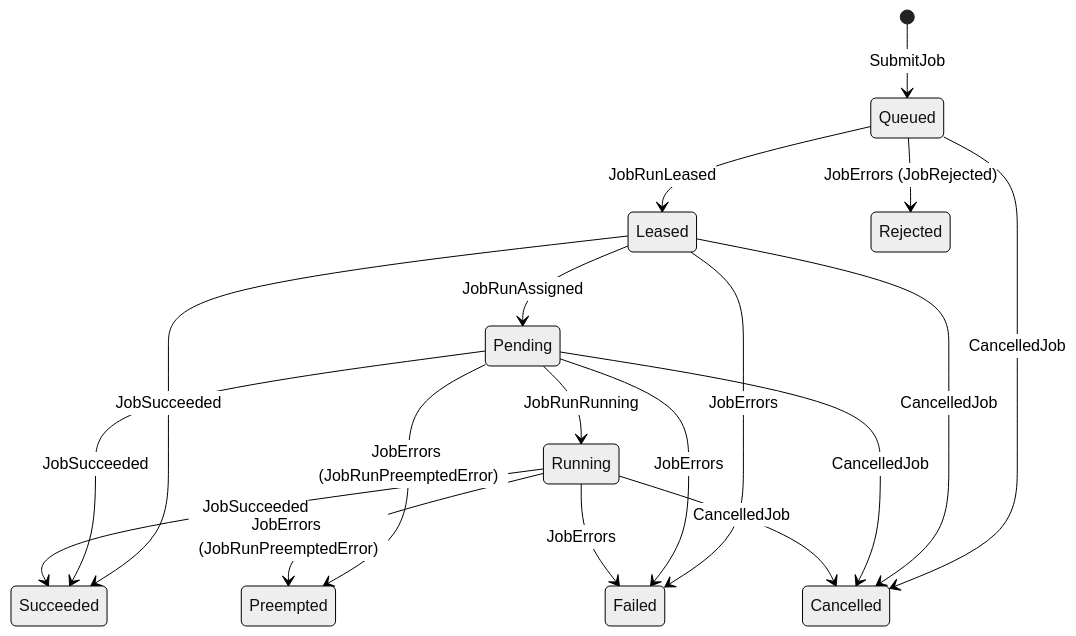
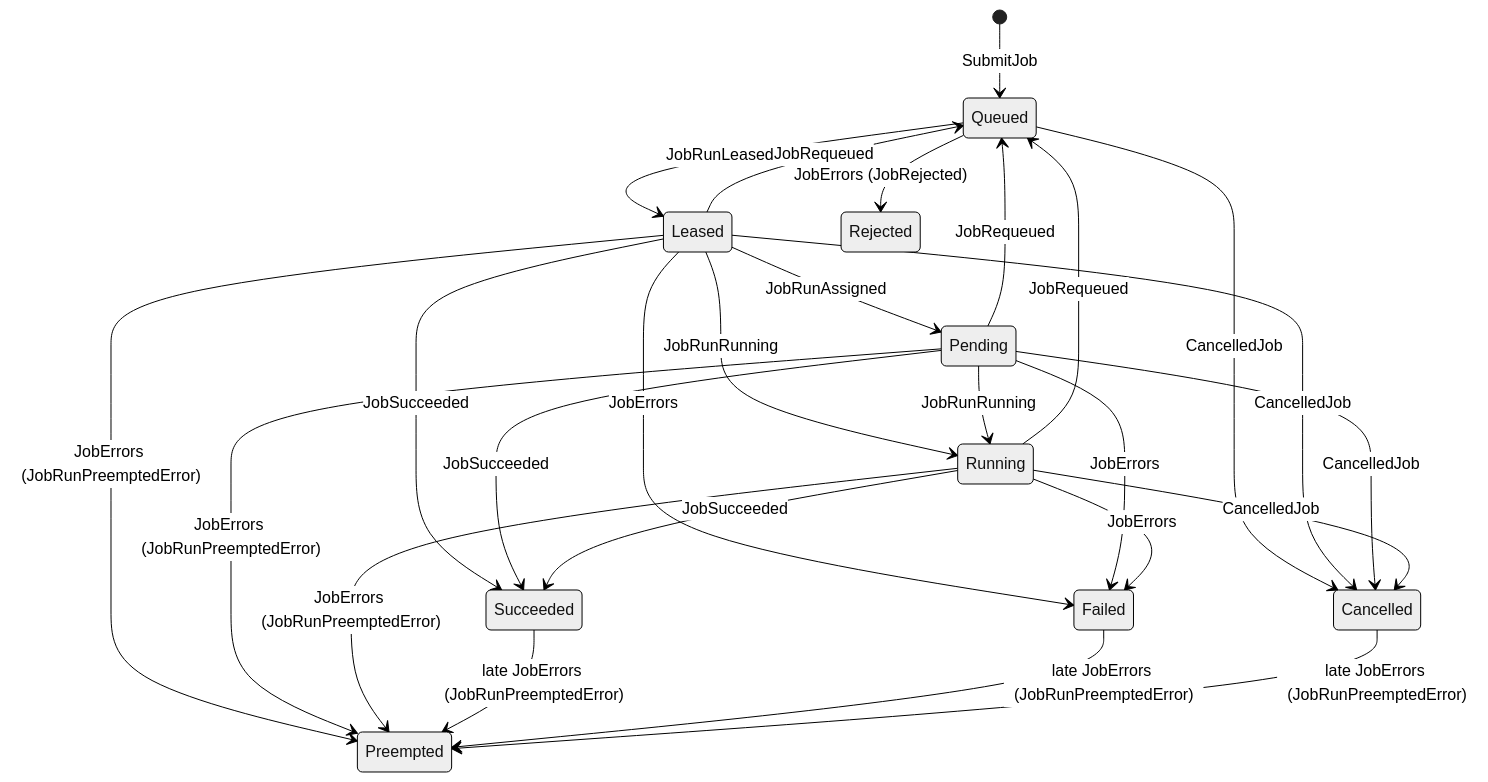
Before and after one commit to armadaproject/armada: the second of 12 diagrams in docs/developer/job-lifecycle-events.md, drawn with Mermaid (neutral theme). The commit also changed other lines of this file, not shown here.

Commit message:
Correct and complete the job lifecycle events doc

````diff
--- a/docs/developer/job-lifecycle-events.md
+++ b/docs/developer/job-lifecycle-events.md
@@ -101,20 +127,28 @@
 ```mermaid
 stateDiagram-v2
     [*] --> Queued: SubmitJob
     Queued --> Leased: JobRunLeased
     Leased --> Pending: JobRunAssigned
+    Leased --> Running: JobRunRunning
     Pending --> Running: JobRunRunning
+    Leased --> Queued: JobRequeued
+    Pending --> Queued: JobRequeued
+    Running --> Queued: JobRequeued
     Leased --> Succeeded: JobSucceeded
     Pending --> Succeeded: JobSucceeded
     Running --> Succeeded: JobSucceeded
     Leased --> Failed: JobErrors
     Pending --> Failed: JobErrors
     Running --> Failed: JobErrors
+    Leased --> Preempted: JobErrors (JobRunPreemptedError)
     Pending --> Preempted: JobErrors (JobRunPreemptedError)
     Running --> Preempted: JobErrors (JobRunPreemptedError)
+    Succeeded --> Preempted: late JobErrors (JobRunPreemptedError)
+    Failed --> Preempted: late JobErrors (JobRunPreemptedError)
+    Cancelled --> Preempted: late JobErrors (JobRunPreemptedError)
     Queued --> Rejected: JobErrors (JobRejected)
     Queued --> Cancelled: CancelledJob
     Leased --> Cancelled: CancelledJob
     Pending --> Cancelled: CancelledJob
     Running --> Cancelled: CancelledJob
 ```
````
